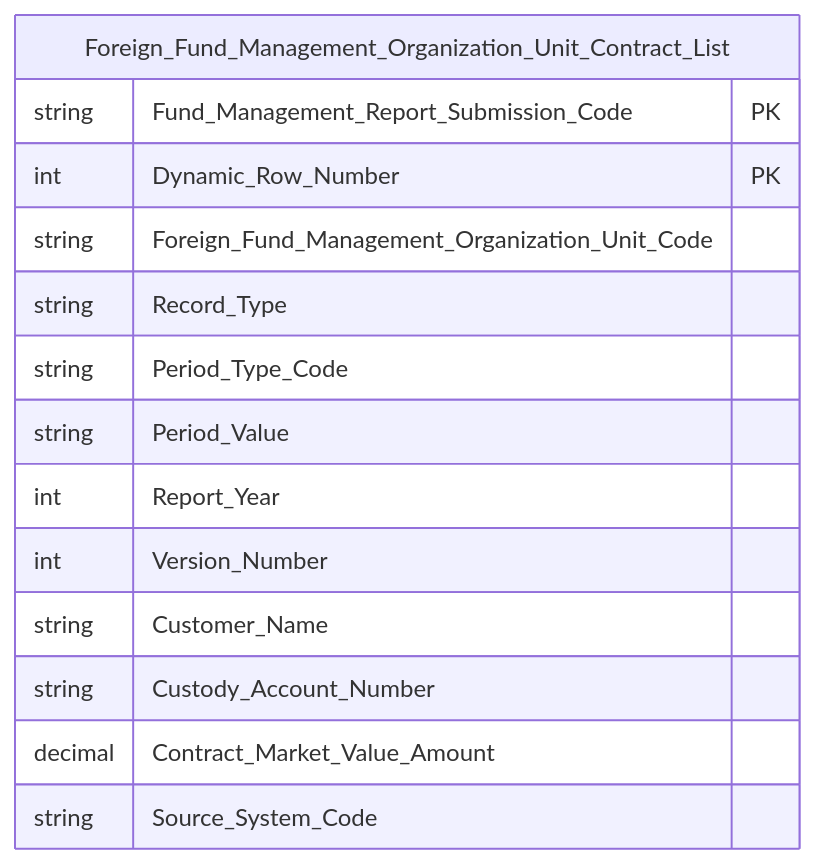
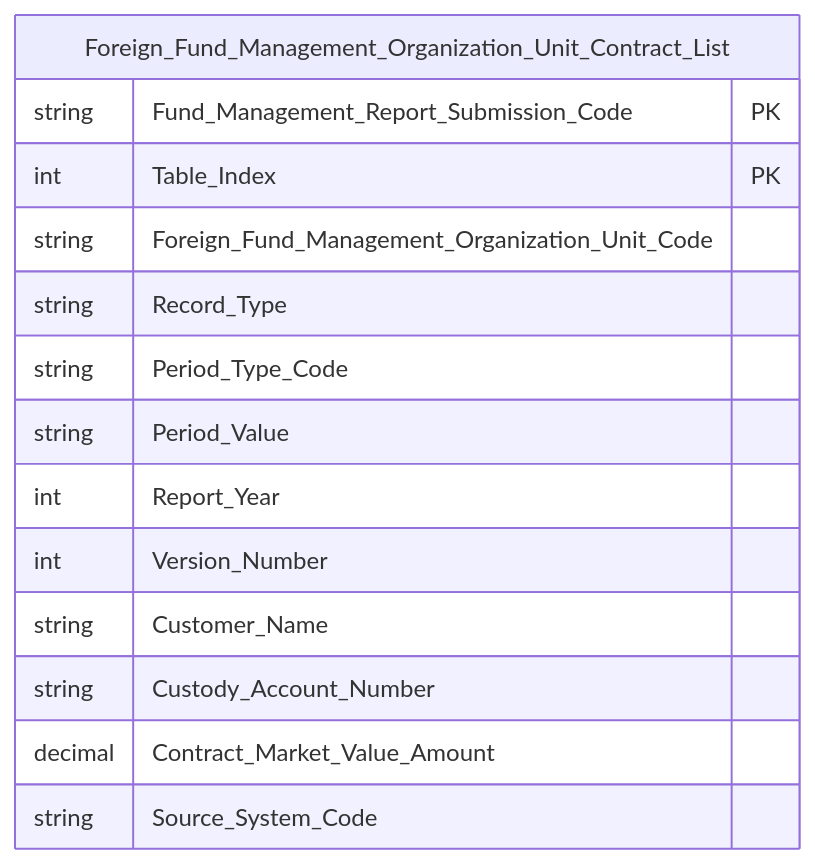
Before and after one commit to linhlvit/ubck_atomic_design: the ninth of 13 diagrams in Datamart/hld/DTM_QLQ_Entities.md, drawn with Mermaid. The commit also changed other lines of this file and 13 other files, not shown here.

````diff
--- a/Datamart/hld/DTM_QLQ_Entities.md
+++ b/Datamart/hld/DTM_QLQ_Entities.md
@@ -235,17 +237,17 @@
 ```mermaid
 erDiagram
     Foreign_Fund_Management_Organization_Unit_Contract_List {
         string Fund_Management_Report_Submission_Code PK
-        int Dynamic_Row_Number PK
+        int Table_Index PK
         string Foreign_Fund_Management_Organization_Unit_Code
         string Record_Type
         string Period_Type_Code
         string Period_Value
         int Report_Year
         int Version_Number
         string Customer_Name
         string Custody_Account_Number
         decimal Contract_Market_Value_Amount
         string Source_System_Code
     }
 ```
````
